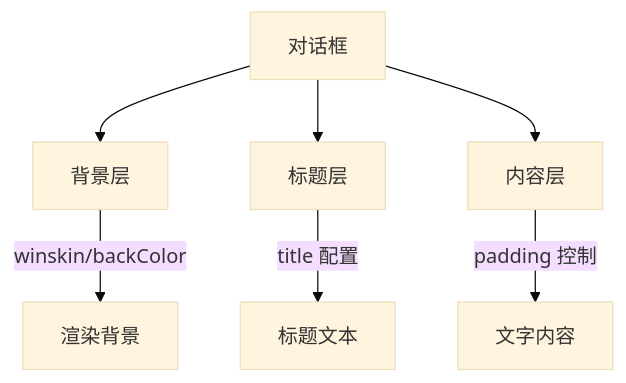
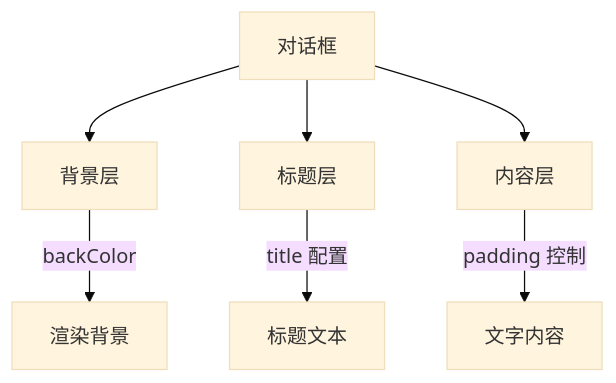
One commit to motajs/motajs-engine changed the third of 3 diagrams in docs/api/motajs-components/组件 Textbox.md. Above: the diagram before and after it, drawn with Mermaid (base theme). The commit also changed other lines of this file and 8 other files, not shown here.

````diff
--- a/docs/api/motajs-components/组件 Textbox.md
+++ b/docs/api/motajs-components/组件 Textbox.md
@@ -160,10 +158,10 @@
 ```mermaid
 graph TB
     Dialog[对话框] --> Background[背景层]
     Dialog --> Title[标题层]
     Dialog --> Content[内容层]
 
-    Background -->|winskin/backColor| 渲染背景
+    Background -->|backColor| 渲染背景
     Title -->|title 配置| 标题文本
     Content -->|padding 控制| 文字内容
 ```
````
